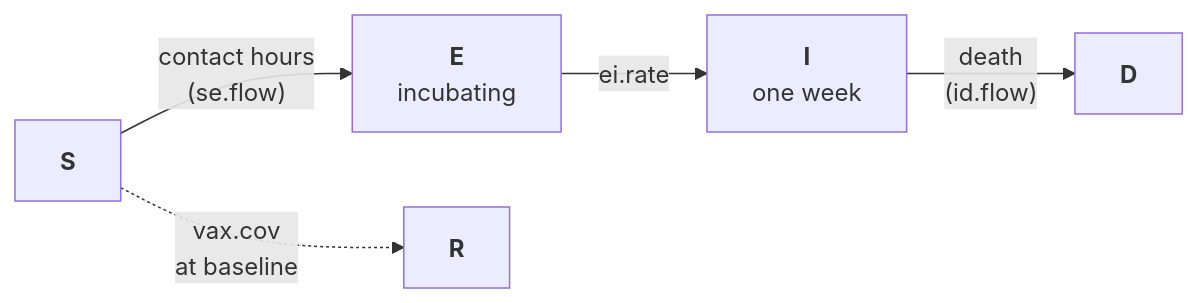
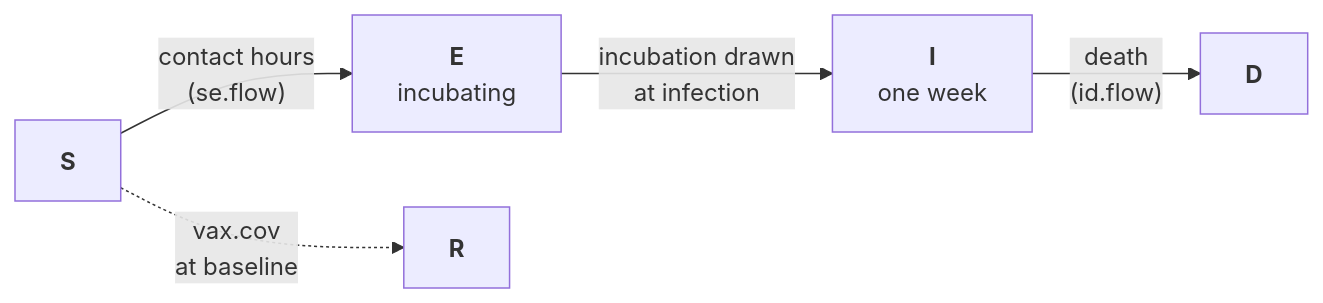
One commit to EpiModel/EpiModel-Gallery changed the diagram in examples/rabies-raccoon-network/README.md. Above: the diagram before and after it, drawn with Mermaid. The commit also changed other lines of this file and 13 other files, not shown here.

````diff
--- a/examples/rabies-raccoon-network/README.md
+++ b/examples/rabies-raccoon-network/README.md
@@ -22,7 +21,7 @@
 ```mermaid
 flowchart LR
     S["<b>S</b>"] -->|"contact hours<br/>(se.flow)"| E
-    E["<b>E</b><br/>incubating"] -->|"ei.rate"| I
+    E["<b>E</b><br/>incubating"] -->|"incubation drawn<br/>at infection"| I
     I["<b>I</b><br/>one week"] -->|"death<br/>(id.flow)"| D["<b>D</b>"]
     S -.->|"vax.cov<br/>at baseline"| R["<b>R</b>"]
 ```
````
